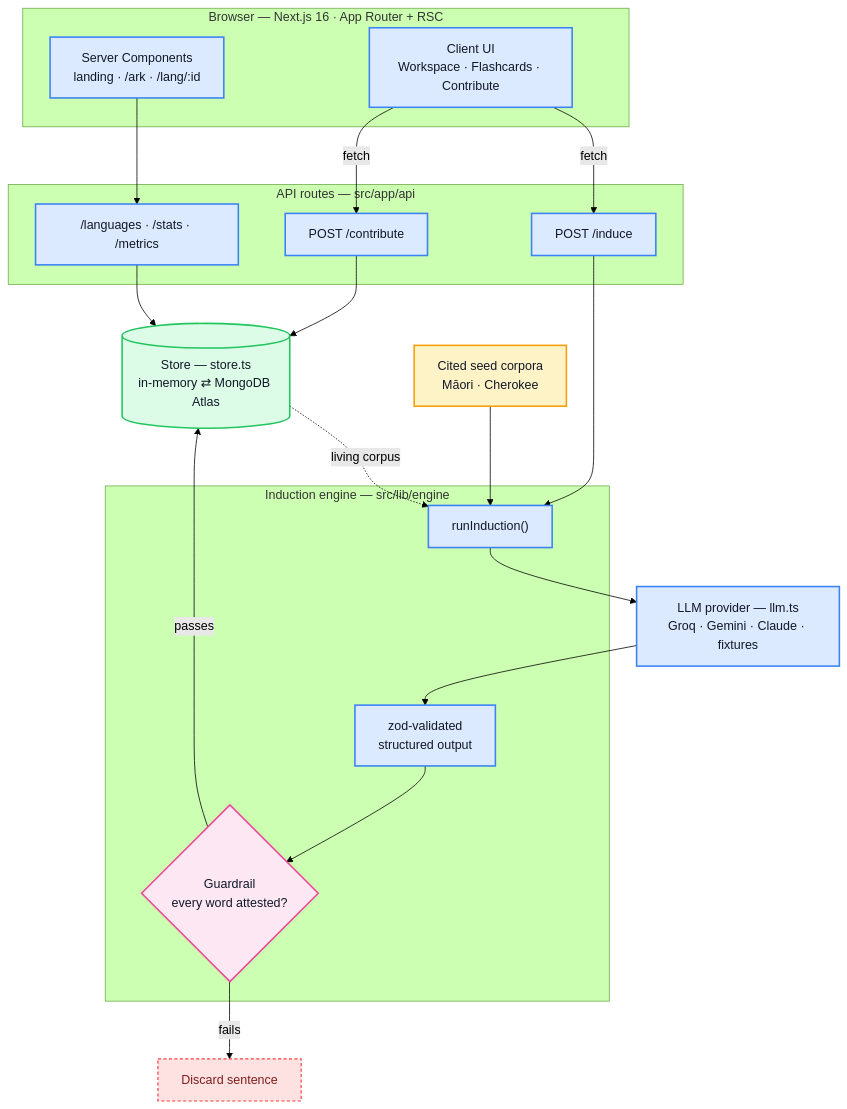
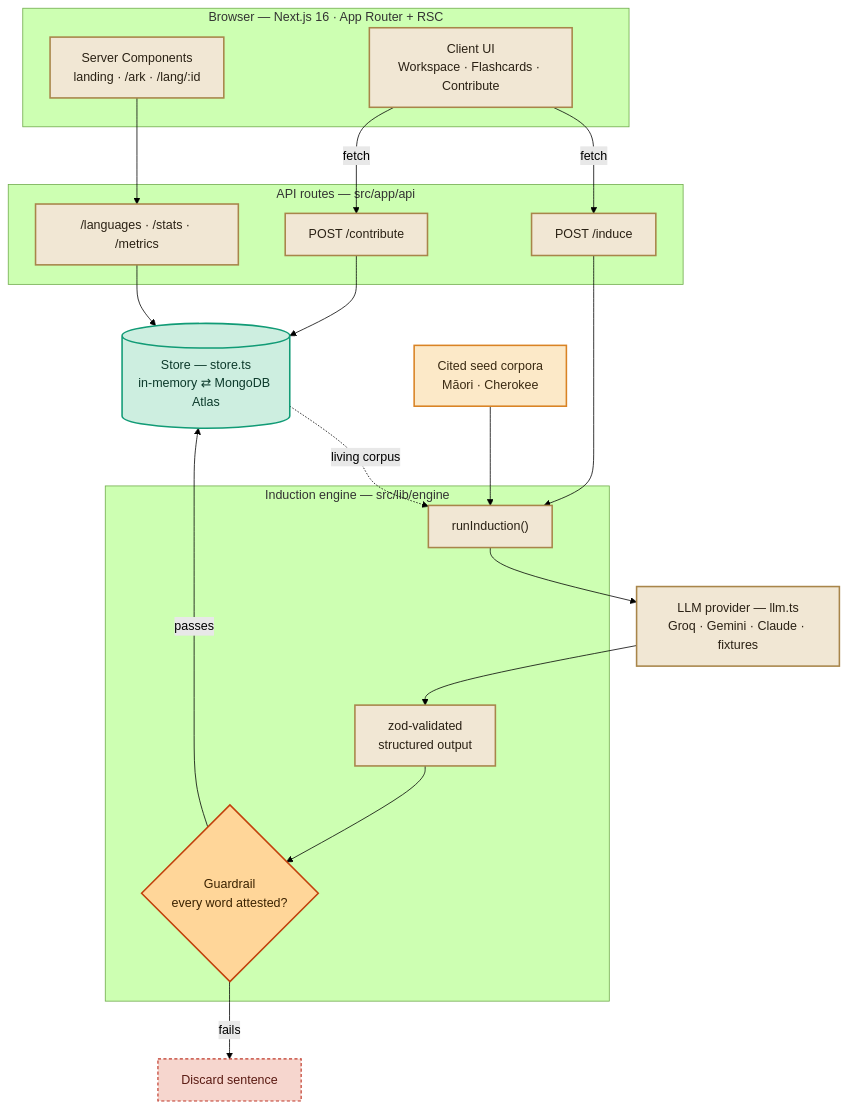
Before and after one commit to areebhirani-beep/lantern: the fourth of 4 diagrams in README.md, drawn with Mermaid (forest theme). The commit also changed other lines of this file and 4 other files, not shown here.

First line of the commit message:
README: polished overhaul with website imagery + metric graphs

````diff
--- a/README.md
+++ b/README.md
@@ -87,48 +151,48 @@
 ```mermaid
 flowchart TB
     subgraph browser["Browser — Next.js 16 · App Router + RSC"]
         page["Server Components<br/>landing · /ark · /lang/:id"]
         client["Client UI<br/>Workspace · Flashcards · Contribute"]
     end
 
     subgraph api["API routes — src/app/api"]
         induce["POST /induce"]
         contribute["POST /contribute"]
         reads["/languages · /stats · /metrics"]
     end
 
     subgraph engine["Induction engine — src/lib/engine"]
         run["runInduction()"]
         valid["zod-validated<br/>structured output"]
         guard{"Guardrail<br/>every word attested?"}
     end
 
     llm["LLM provider — llm.ts<br/>Groq · Gemini · Claude · fixtures"]
     store[("Store — store.ts<br/>in-memory ⇄ MongoDB Atlas")]
     seed["Cited seed corpora<br/>Māori · Cherokee"]
     drop["Discard sentence"]
 
     client -->|fetch| induce
     client -->|fetch| contribute
     page --> reads
     reads --> store
     induce --> run
     contribute --> store
     run --> llm --> valid --> guard
     guard -->|passes| store
     guard -->|fails| drop
     seed --> run
     store -. living corpus .-> run
 
-    classDef proc fill:#DBEAFE,stroke:#3B82F6,stroke-width:2px,color:#111827;
-    classDef guardc fill:#FCE7F3,stroke:#EC4899,stroke-width:2px,color:#111827;
-    classDef data fill:#DCFCE7,stroke:#22C55E,stroke-width:2px,color:#111827;
-    classDef seedc fill:#FEF3C7,stroke:#F59E0B,stroke-width:2px,color:#111827;
-    classDef dropc fill:#FEE2E2,stroke:#EF4444,stroke-width:1.5px,color:#7F1D1D,stroke-dasharray:4 3;
+    classDef proc fill:#F1E7D4,stroke:#A8854A,stroke-width:2px,color:#2a2114;
+    classDef guardc fill:#FFD699,stroke:#C2410C,stroke-width:2px,color:#3a2200;
+    classDef data fill:#CDEEE0,stroke:#119B76,stroke-width:2px,color:#0c3a2b;
+    classDef seedc fill:#FCE9C8,stroke:#D98324,stroke-width:2px,color:#3a2a12;
+    classDef dropc fill:#F6D6CE,stroke:#C0392B,stroke-width:1.5px,color:#5a1a12,stroke-dasharray:4 3;
 
     class page,client,induce,contribute,reads,run,valid,llm proc;
     class guard guardc;
     class store data;
     class seed seedc;
     class drop dropc;
 ```
````
